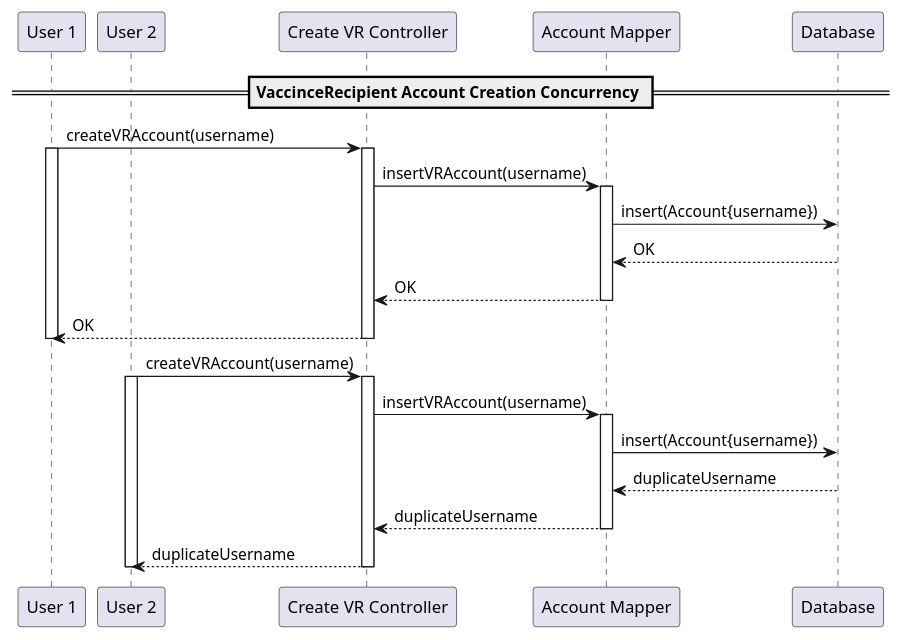
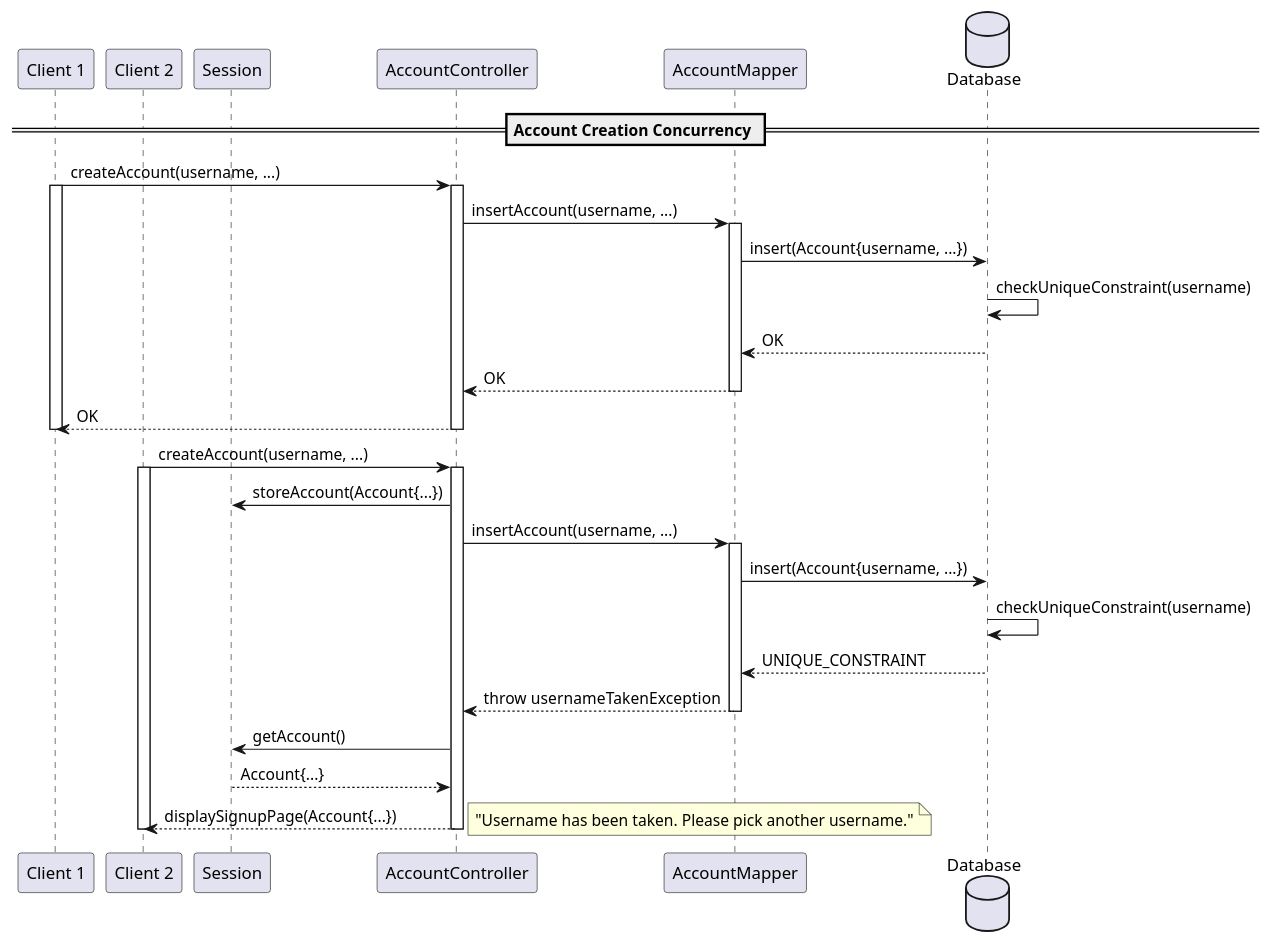
Before and after one commit to SWEN900072021/Covid19BookingSystem: the diagram in docs/part3/diagrams/createVrAccConcurrency.puml, drawn with PlantUML.

Commit message:
minor changes to seq diag

```diff
--- a/docs/part3/diagrams/createVrAccConcurrency.puml
+++ b/docs/part3/diagrams/createVrAccConcurrency.puml
@@ -1,38 +1,45 @@
 @startuml
 'https://plantuml.com/sequence-diagram
 
-participant "User 1" as U1
-participant "User 2" as U2
-participant "Create VR Controller" as VRC
-participant "Account Mapper" as AM
-participant "Database" as DB
+participant "Client 1" as U1
+participant "Client 2" as U2
+participant "Session" as SS
+participant "AccountController" as VRC
+participant "AccountMapper" as AM
+database "Database" as DB
 
-== VaccinceRecipient Account Creation Concurrency ==
-U1 -> VRC : createVRAccount(username)
+== Account Creation Concurrency ==
+U1 -> VRC : createAccount(username, ...)
 activate U1
 activate VRC
-VRC -> AM : insertVRAccount(username)
+VRC -> AM : insertAccount(username, ...)
 activate AM
-AM -> DB: insert(Account{username})
+AM -> DB: insert(Account{username, ...})
+DB -> DB: checkUniqueConstraint(username)
 DB --> AM: OK
 AM --> VRC: OK
 deactivate AM
 VRC --> U1: OK
 deactivate VRC
 deactivate U1
 
-U2 -> VRC : createVRAccount(username)
+U2 -> VRC : createAccount(username, ...)
 activate U2
 activate VRC
-VRC -> AM : insertVRAccount(username)
+VRC -> SS: storeAccount(Account{...})
+VRC -> AM : insertAccount(username, ...)
 activate AM
-AM -> DB: insert(Account{username})
-DB --> AM: duplicateUsername
-AM --> VRC: duplicateUsername
+AM -> DB: insert(Account{username, ...})
+DB -> DB: checkUniqueConstraint(username)
+DB --> AM: UNIQUE_CONSTRAINT
+AM --> VRC: throw usernameTakenException
 deactivate AM
-VRC --> U2: duplicateUsername
+VRC -> SS: getAccount()
+SS --> VRC: Account{...}
+VRC --> U2: displaySignupPage(Account{...})
+Note right: "Username has been taken. Please pick another username."
 deactivate VRC
 deactivate U2
 
 
 @enduml
```
